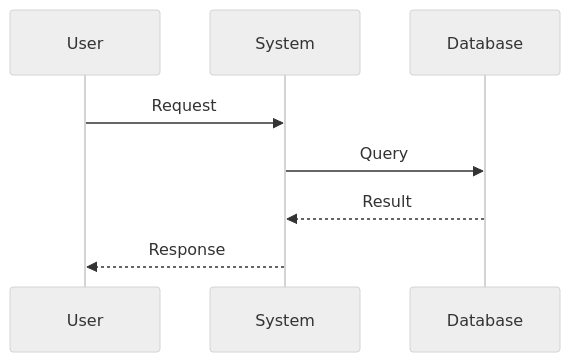
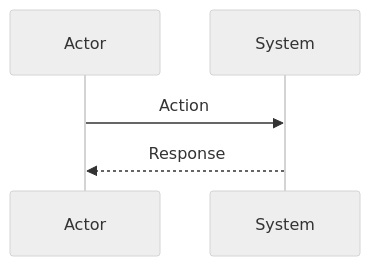
Before and after one commit to hypernetix/hyperspot: the second of 3 diagrams in docs/spec-templates/DESIGN.md, drawn with Mermaid (neutral theme). The commit also changed other lines of this file and 59 other files, not shown here.

````diff
--- a/docs/spec-templates/DESIGN.md
+++ b/docs/spec-templates/DESIGN.md
@@ -172,7 +182,7 @@
 ```mermaid
 sequenceDiagram
-    User ->> System: Request
-    System ->> Database: Query
-    Database -->> System: Result
-    System -->> User: Response
+    participant A as Actor
+    participant B as System
+    A->>B: Action
+    B-->>A: Response
 ```
````
